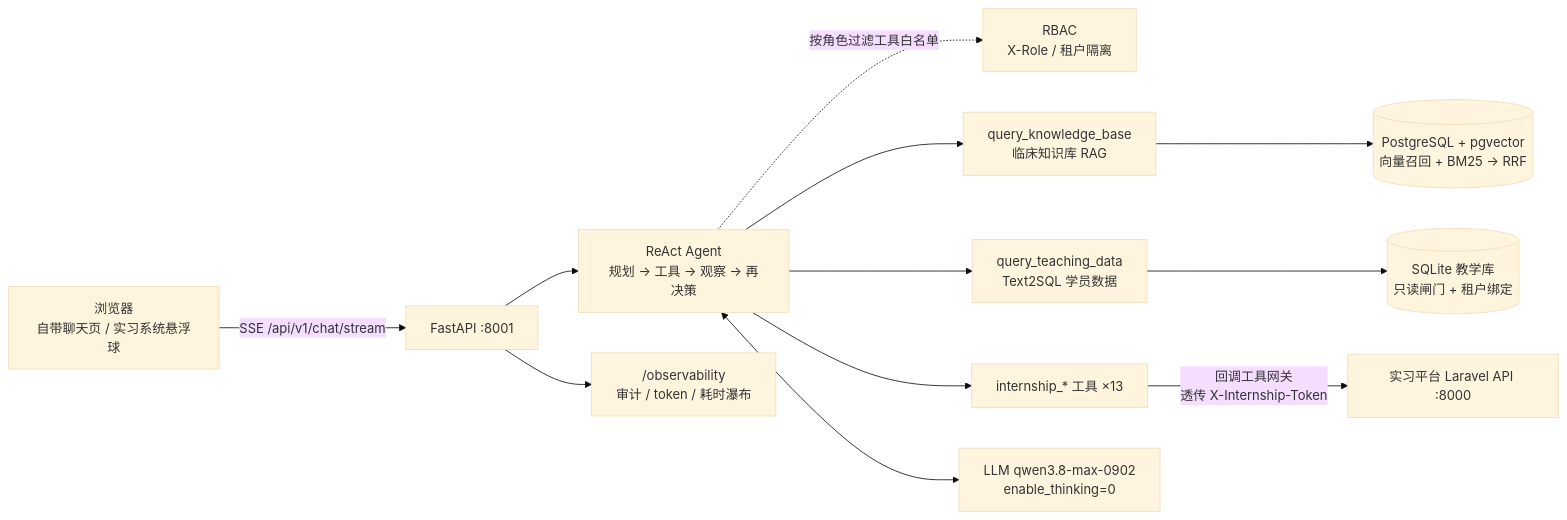
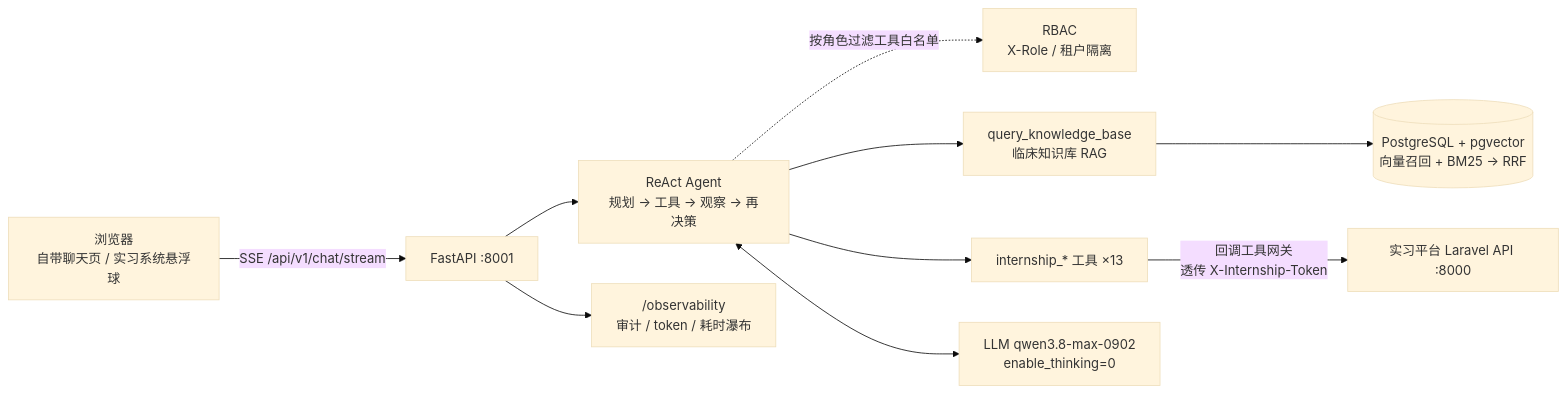
One commit to yangweihua222/ai-service changed the diagram in README.md. Above: the diagram before and after it, drawn with Mermaid (base theme). The commit also changed other lines of this file, not shown here.

Commit message:
docs: 移除 Text2SQL 与教学数据分组相关表述

````diff
--- a/README.md
+++ b/README.md
@@ -22,14 +20,12 @@
 ```mermaid
 flowchart LR
     U["浏览器<br/>自带聊天页 / 实习系统悬浮球"] -->|"SSE /api/v1/chat/stream"| F["FastAPI :8001"]
     F --> AG["ReAct Agent<br/>规划 → 工具 → 观察 → 再决策"]
     AG -.->|"按角色过滤工具白名单"| RB["RBAC<br/>X-Role / 租户隔离"]
     AG --> RAG["query_knowledge_base<br/>临床知识库 RAG"]
-    AG --> SQL["query_teaching_data<br/>Text2SQL 学员数据"]
     AG --> IT["internship_* 工具 ×13"]
     IT -->|"回调工具网关<br/>透传 X-Internship-Token"| LA["实习平台 Laravel API :8000"]
     RAG --> PG[("PostgreSQL + pgvector<br/>向量召回 + BM25 → RRF")]
-    SQL --> SL[("SQLite 教学库<br/>只读闸门 + 租户绑定")]
     AG <--> LLM["LLM qwen3.8-max-0902<br/>enable_thinking=0"]
     F --> OBS["/observability<br/>审计 / token / 耗时瀑布"]
 ```
````
